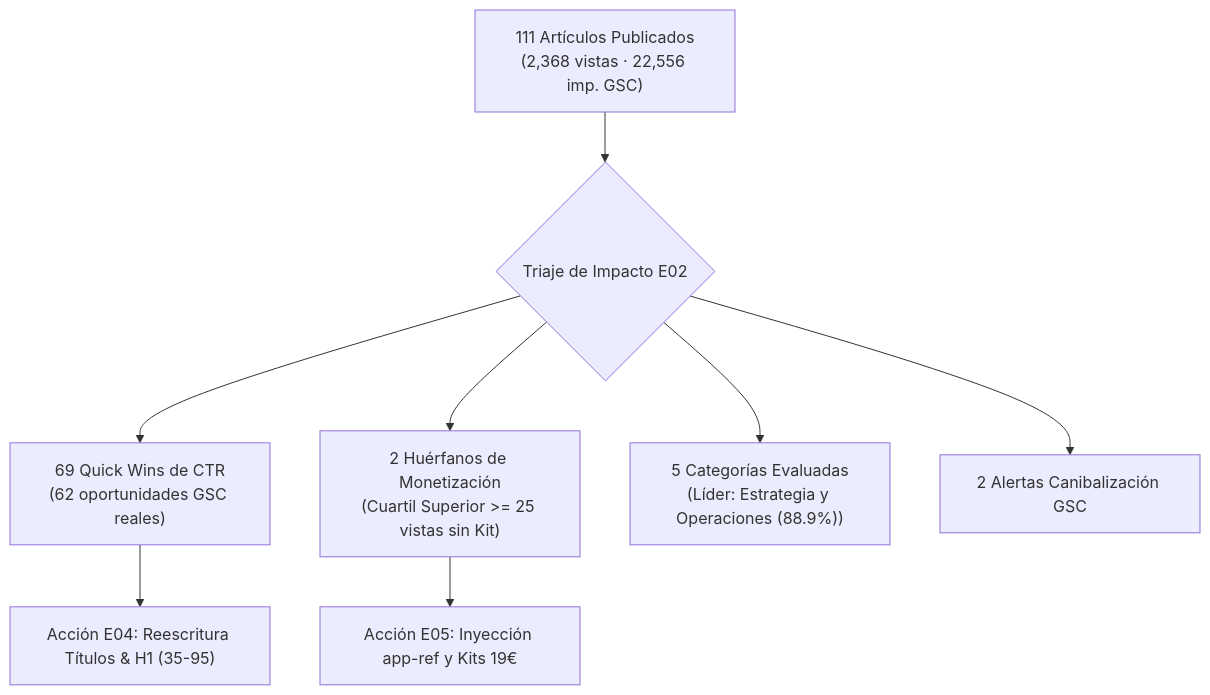
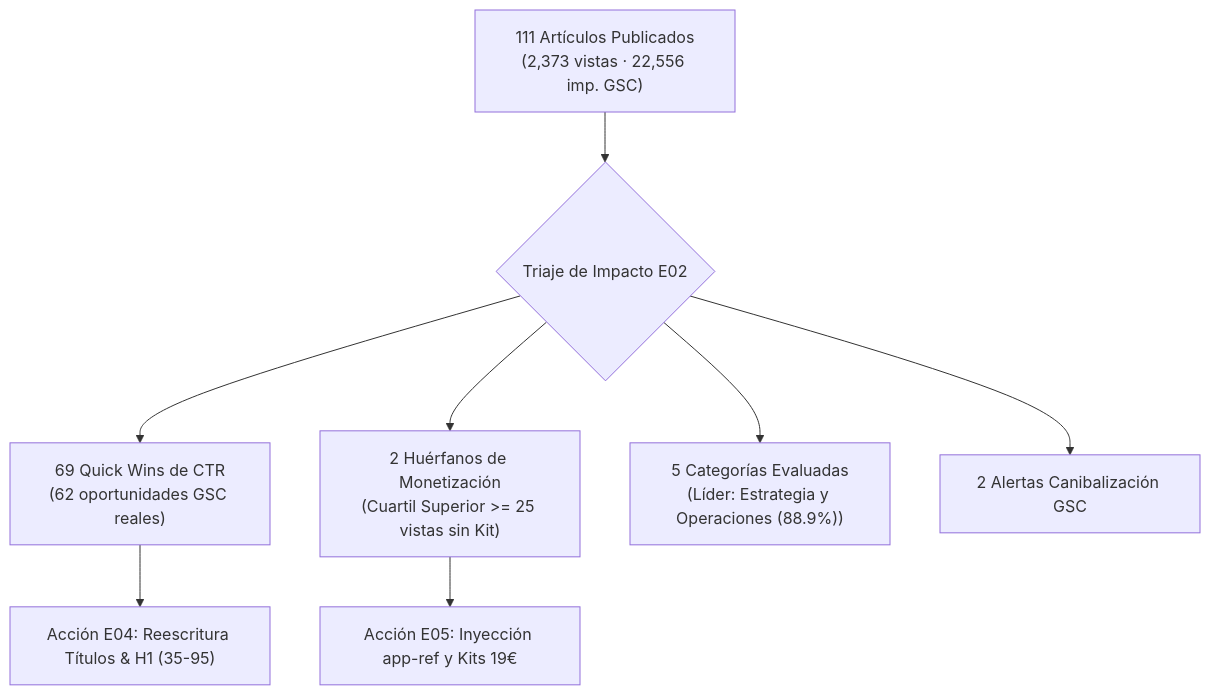
The diagram in specs/audit/IMPACT_REPORT.md (Dalaez/datalaria-website), drawn with Mermaid before and after one commit. The commit also changed other lines of this file and 9 other files, not shown here.

````diff
--- a/specs/audit/IMPACT_REPORT.md
+++ b/specs/audit/IMPACT_REPORT.md
@@ -24,10 +24,10 @@
 ```mermaid
 flowchart TD
-    A["111 Artículos Publicados\n(2,368 vistas · 22,556 imp. GSC)"] --> B{"Triaje de Impacto E02"}
+    A["111 Artículos Publicados\n(2,373 vistas · 22,556 imp. GSC)"] --> B{"Triaje de Impacto E02"}
     B --> C["69 Quick Wins de CTR\n(62 oportunidades GSC reales)"]
     B --> D["2 Huérfanos de Monetización\n(Cuartil Superior >= 25 vistas sin Kit)"]
     B --> E["5 Categorías Evaluadas\n(Líder: Estrategia y Operaciones (88.9%))"]
     B --> H["2 Alertas Canibalización GSC"]
     C --> F["Acción E04: Reescritura Títulos & H1 (35-95)"]
     D --> G["Acción E05: Inyección app-ref y Kits 19€"]
 ```
````
